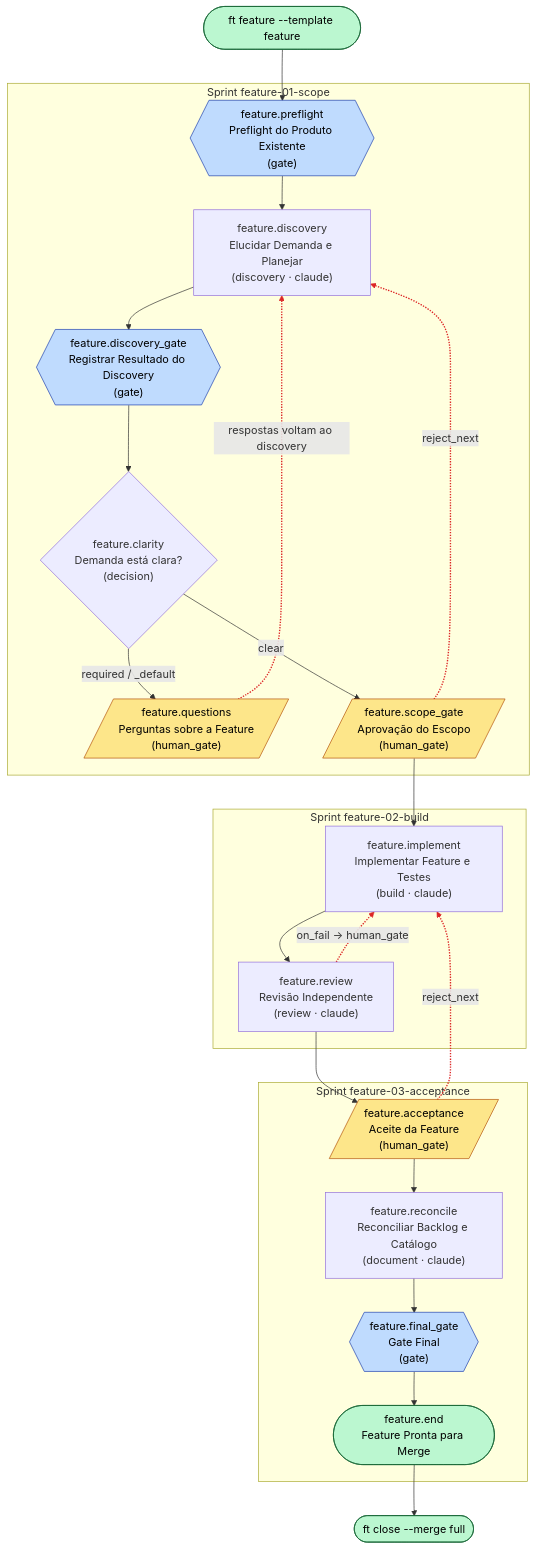
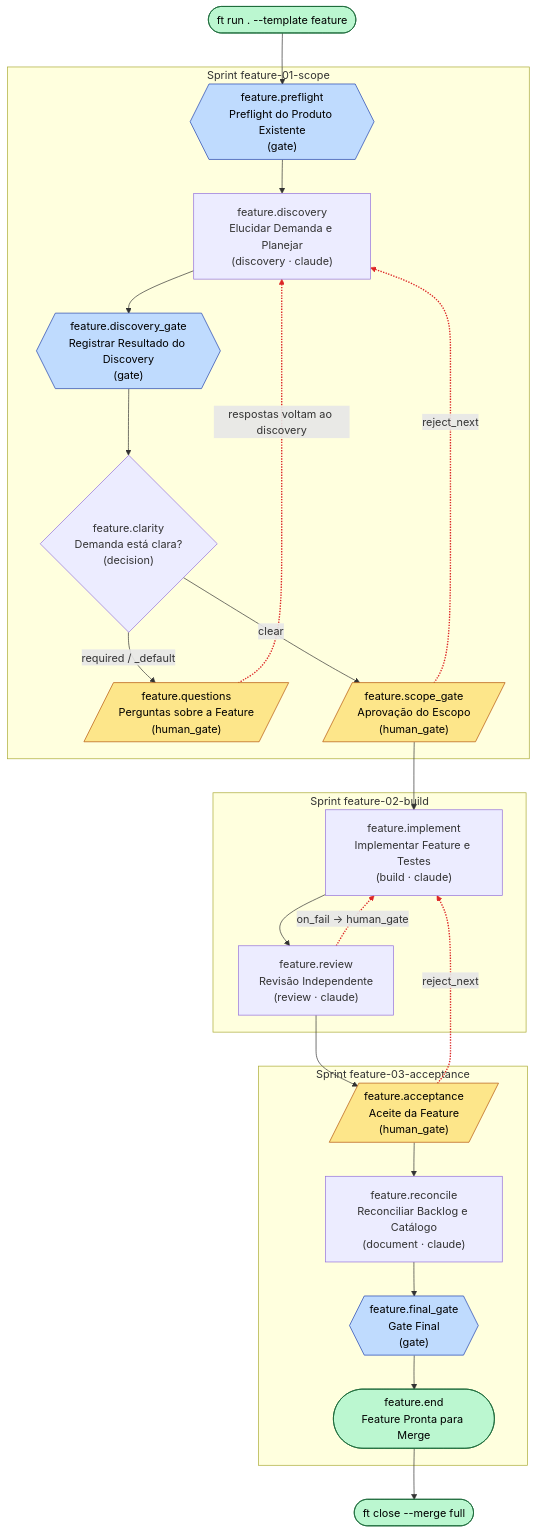
Before and after one commit to symlabs-ai/fast-track_process: the diagram in templates/feature/process-flow.md, drawn with Mermaid. The commit also changed 69 other files, not shown here.

````diff
--- a/templates/feature/process-flow.md
+++ b/templates/feature/process-flow.md
@@ -22,55 +22,55 @@
 ```mermaid
 flowchart TD
-    start([ft feature --template feature]) --> preflight
+    start([ft run . --template feature]) --> preflight
 
     subgraph s1["Sprint feature-01-scope"]
         preflight{{"feature.preflight<br/>Preflight do Produto Existente<br/>(gate)"}}
         discovery["feature.discovery<br/>Elucidar Demanda e Planejar<br/>(discovery · claude)"]
         discovery_gate{{"feature.discovery_gate<br/>Registrar Resultado do Discovery<br/>(gate)"}}
         clarity{"feature.clarity<br/>Demanda está clara?<br/>(decision)"}
         questions[/"feature.questions<br/>Perguntas sobre a Feature<br/>(human_gate)"/]
         scope_gate[/"feature.scope_gate<br/>Aprovação do Escopo<br/>(human_gate)"/]
     end
 
     subgraph s2["Sprint feature-02-build"]
         implement["feature.implement<br/>Implementar Feature e Testes<br/>(build · claude)"]
         review["feature.review<br/>Revisão Independente<br/>(review · claude)"]
     end
 
     subgraph s3["Sprint feature-03-acceptance"]
         acceptance[/"feature.acceptance<br/>Aceite da Feature<br/>(human_gate)"/]
         reconcile["feature.reconcile<br/>Reconciliar Backlog e Catálogo<br/>(document · claude)"]
         final_gate{{"feature.final_gate<br/>Gate Final<br/>(gate)"}}
         endnode([feature.end<br/>Feature Pronta para Merge])
     end
 
     preflight --> discovery
     discovery --> discovery_gate
     discovery_gate --> clarity
     clarity -->|clear| scope_gate
     clarity -->|"required / _default"| questions
     questions -.->|respostas voltam ao discovery| discovery
 
     scope_gate --> implement
     scope_gate -.->|reject_next| discovery
 
     implement --> review
     review --> acceptance
     review -.->|on_fail → human_gate| implement
 
     acceptance --> reconcile
     acceptance -.->|reject_next| implement
 
     reconcile --> final_gate
     final_gate --> endnode
     endnode --> close([ft close --merge full])
 
     classDef human fill:#fde68a,stroke:#b45309,color:#000;
     classDef gate fill:#bfdbfe,stroke:#1e40af,color:#000;
     classDef terminal fill:#bbf7d0,stroke:#166534,color:#000;
     class questions,scope_gate,acceptance human;
     class preflight,discovery_gate,final_gate gate;
     class start,endnode,close terminal;
 
     linkStyle 6,8,11,13 stroke:#dc2626,stroke-width:2px;
 ```
````
